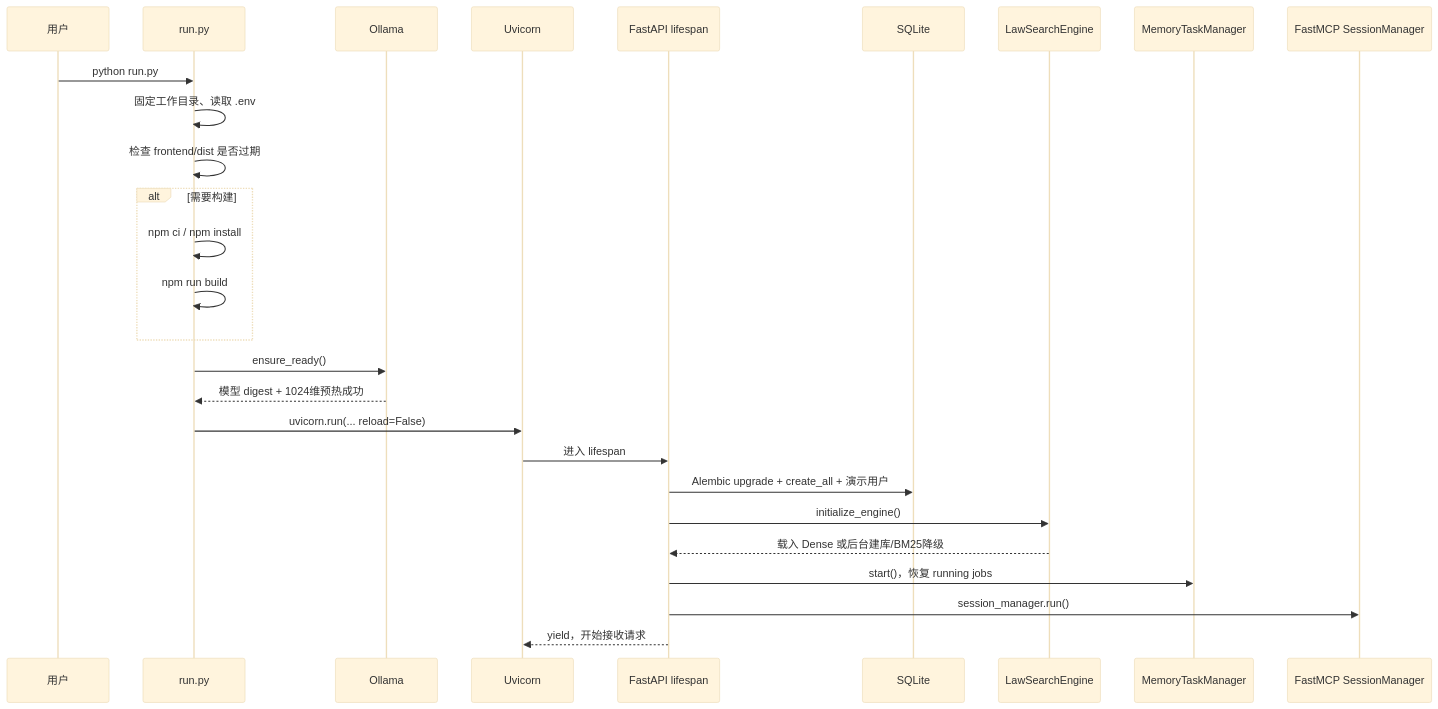
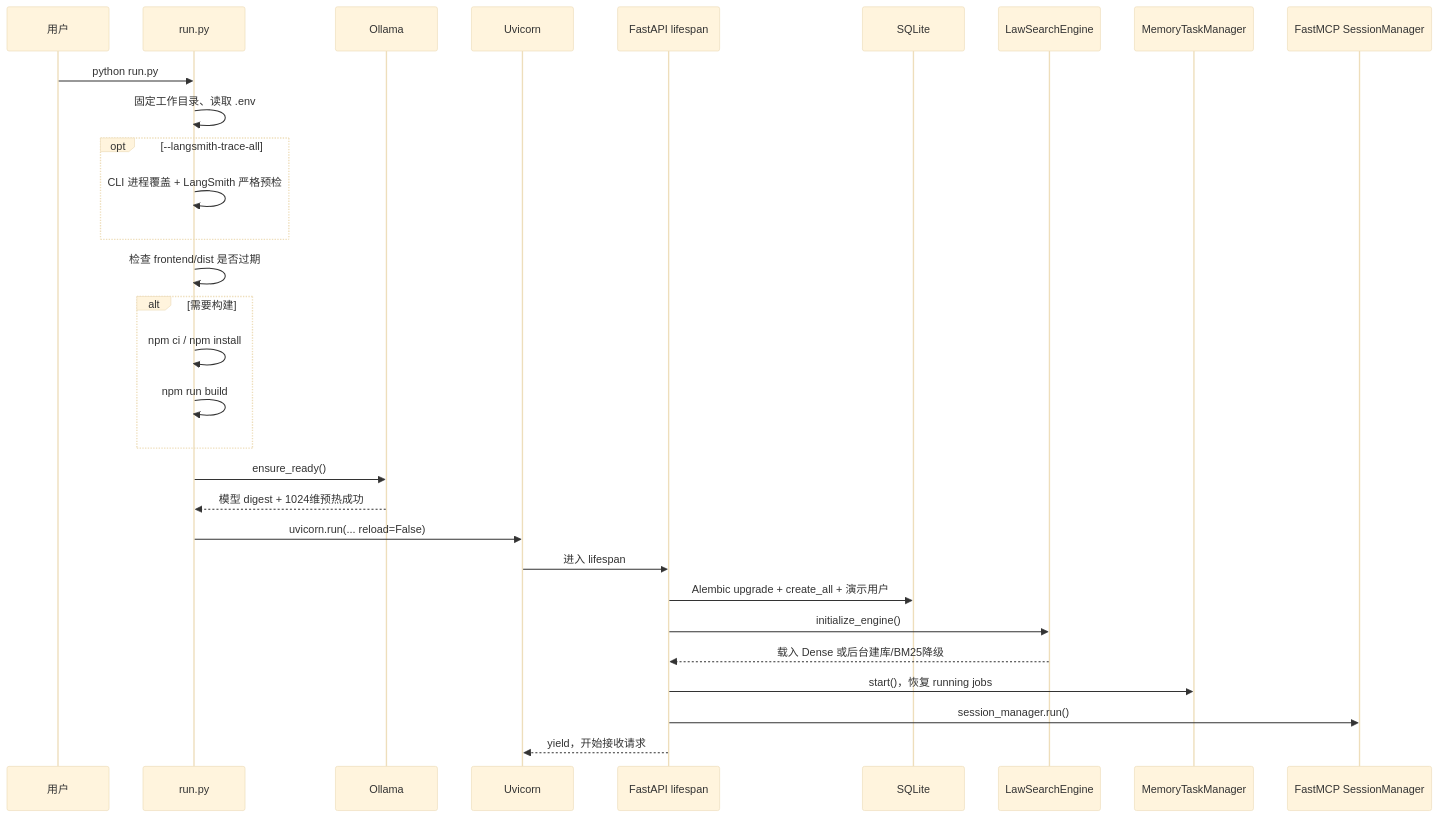
Before and after one commit to Vinn7/LawStation: the diagram in resume/startup.md, drawn with Mermaid (base theme). The commit also changed other lines of this file and 28 other files, not shown here.

````diff
--- a/resume/startup.md
+++ b/resume/startup.md
@@ -16,30 +16,33 @@
 ```mermaid
 sequenceDiagram
     participant User as 用户
     participant Run as run.py
     participant Ollama as Ollama
     participant Uvicorn as Uvicorn
     participant App as FastAPI lifespan
     participant DB as SQLite
     participant RAG as LawSearchEngine
     participant Memory as MemoryTaskManager
     participant MCP as FastMCP SessionManager
 
     User->>Run: python run.py
     Run->>Run: 固定工作目录、读取 .env
+    opt --langsmith-trace-all
+        Run->>Run: CLI 进程覆盖 + LangSmith 严格预检
+    end
     Run->>Run: 检查 frontend/dist 是否过期
     alt 需要构建
         Run->>Run: npm ci / npm install
         Run->>Run: npm run build
     end
     Run->>Ollama: ensure_ready()
     Ollama-->>Run: 模型 digest + 1024维预热成功
     Run->>Uvicorn: uvicorn.run(... reload=False)
     Uvicorn->>App: 进入 lifespan
     App->>DB: Alembic upgrade + create_all + 演示用户
     App->>RAG: initialize_engine()
     RAG-->>App: 载入 Dense 或后台建库/BM25降级
     App->>Memory: start()，恢复 running jobs
     App->>MCP: session_manager.run()
     App-->>Uvicorn: yield，开始接收请求
 ```
````
